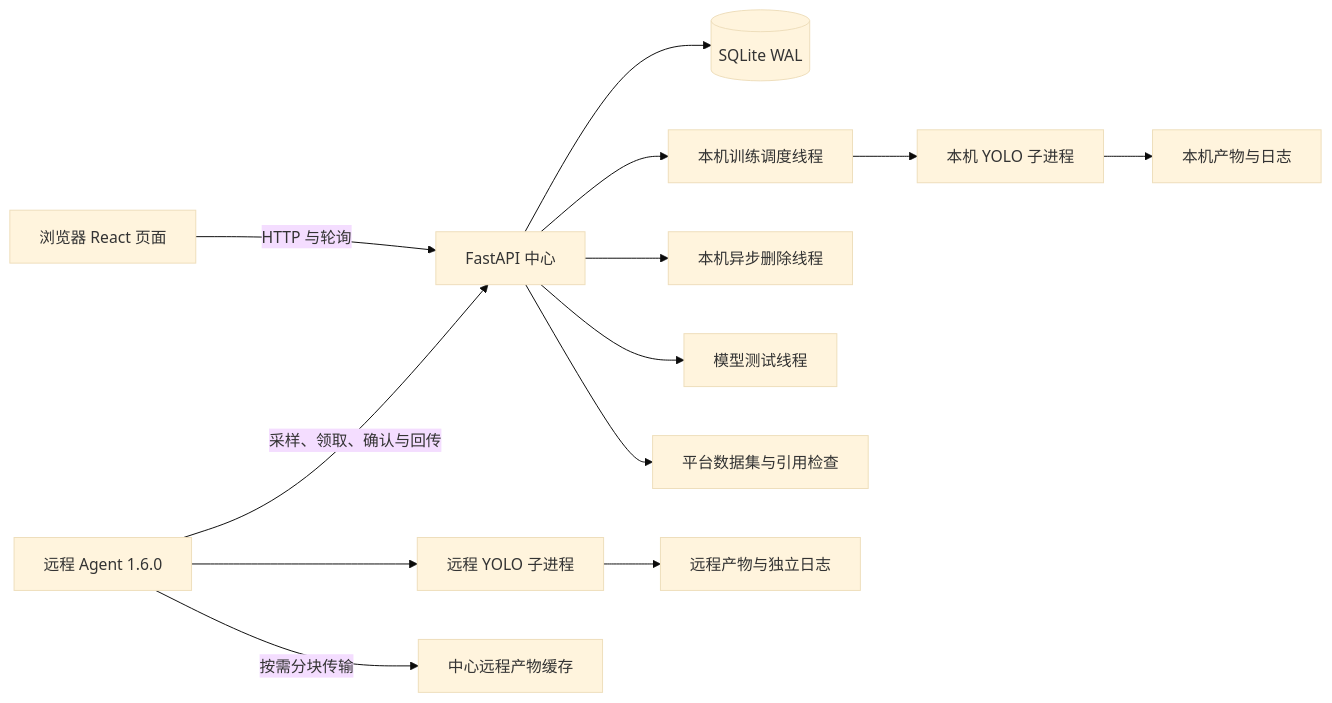
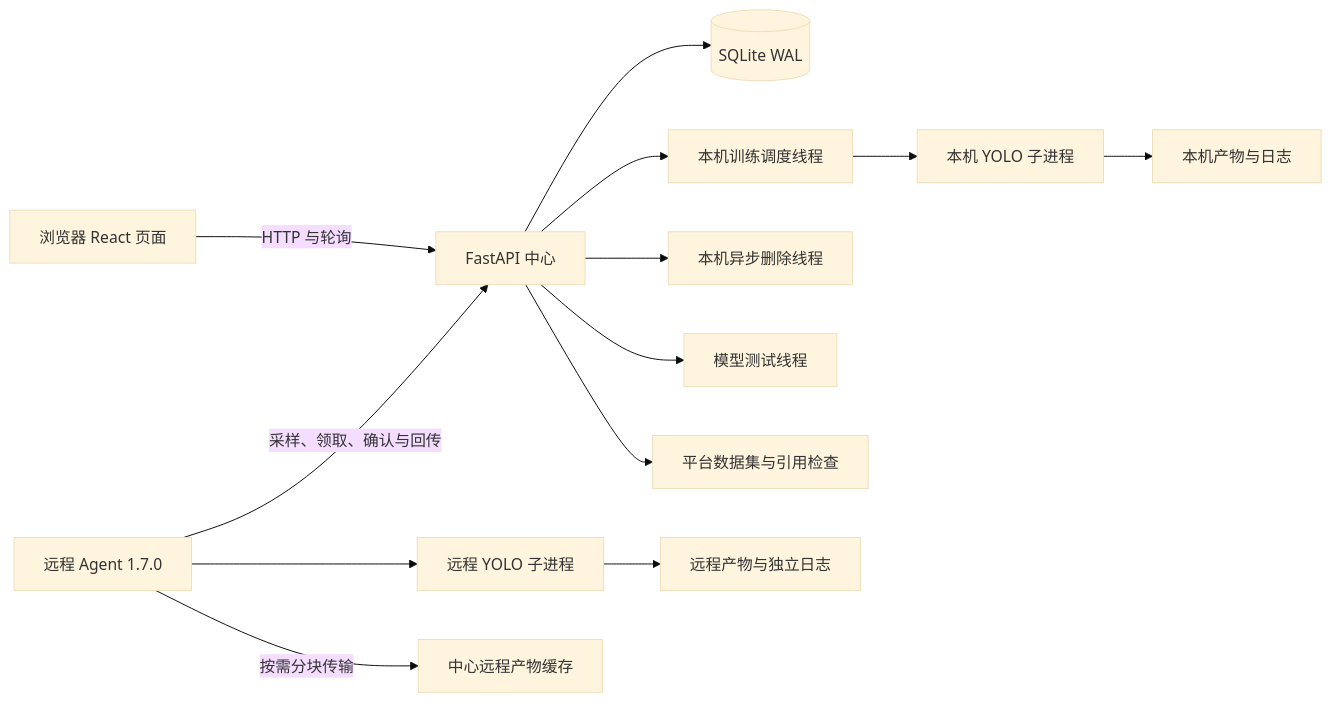
The diagram in docs/project-analysis.md (scsg666g/yolo-xlpt), drawn with Mermaid (base theme) before and after one commit. The commit also changed other lines of this file and 14 other files, not shown here.

````diff
--- a/docs/project-analysis.md
+++ b/docs/project-analysis.md
@@ -24,15 +24,15 @@
 ```mermaid
 flowchart LR
     UI[浏览器 React 页面] -->|HTTP 与轮询| API[FastAPI 中心]
     API --> DB[(SQLite WAL)]
     API --> S[本机训练调度线程]
     S --> CLI[本机 YOLO 子进程]
     CLI --> FS[本机产物与日志]
     API --> D[本机异步删除线程]
     API --> I[模型测试线程]
     API --> DS[平台数据集与引用检查]
-    AG[远程 Agent 1.6.0] -->|采样、领取、确认与回传| API
+    AG[远程 Agent 1.7.0] -->|采样、领取、确认与回传| API
     AG --> RC[远程 YOLO 子进程]
     RC --> RF[远程产物与独立日志]
     AG -->|按需分块传输| CACHE[中心远程产物缓存]
 ```
````
